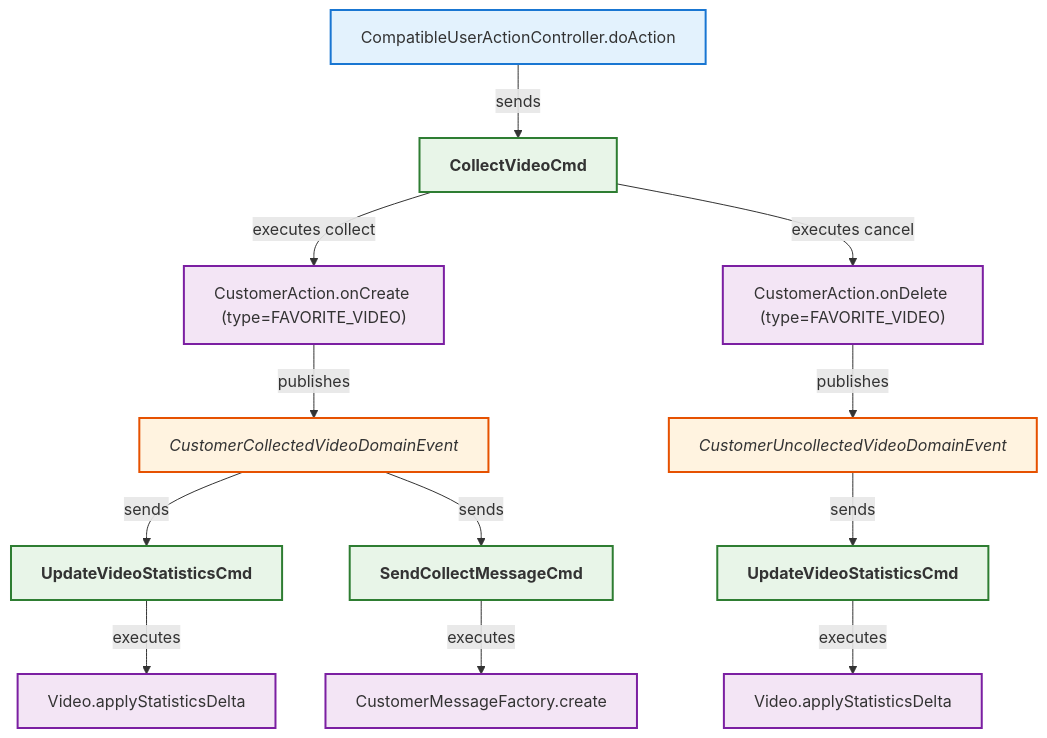
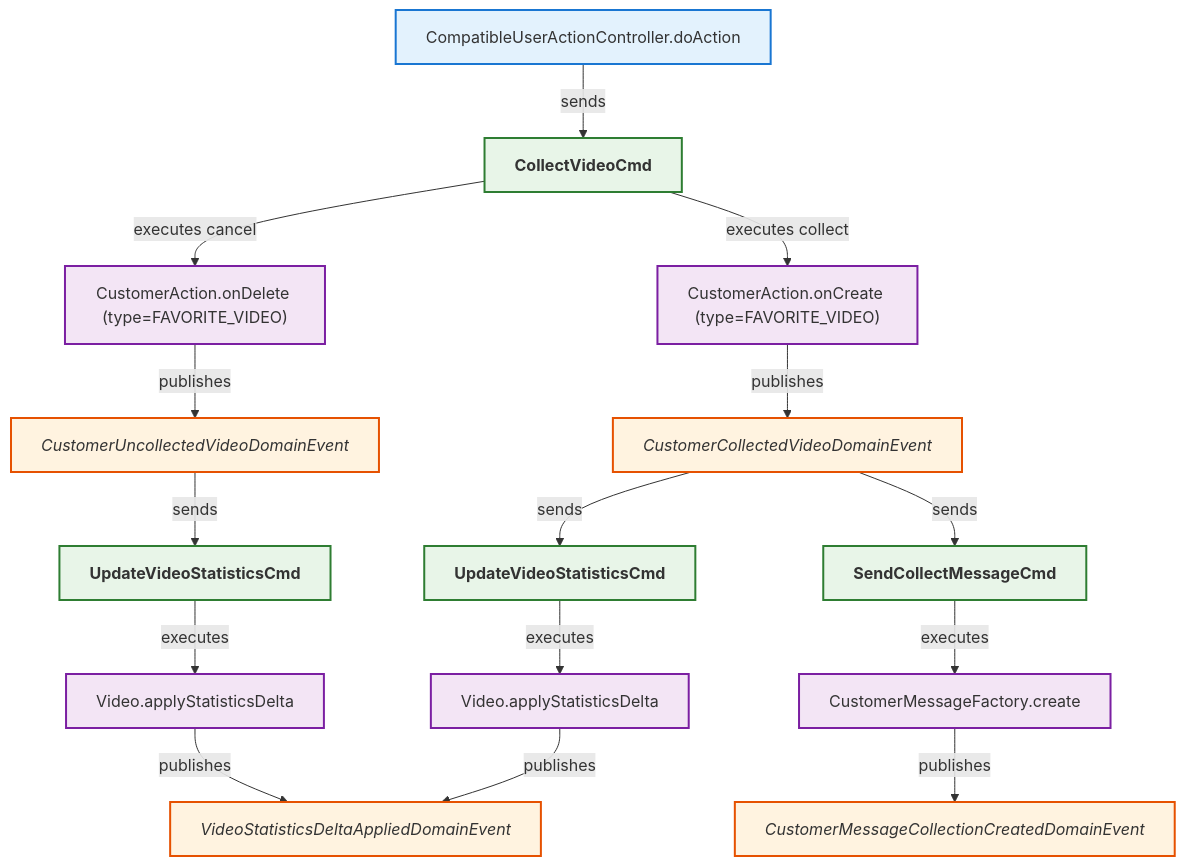
The diagram in analysis/CompatibleUserActionController_collectVideo.mmd (LDmoxeii/only-danmuku), drawn with Mermaid before and after one commit.

Commit message:
feat(analysis): 更新用户行为控制器收集视频流程图
- 添加视频统计增量应用领域事件节点
- 添加客户消息创建领域事件节点
- 连接统计增量应用与对应事件发布关系- 连接消息创建方法与对应事件发布关系
- 完善取消收藏分支的消息发送与执行逻辑- 统一图表样式定义增强可读性

```diff
--- a/analysis/CompatibleUserActionController_collectVideo.mmd
+++ b/analysis/CompatibleUserActionController_collectVideo.mmd
@@ -1,63 +1,71 @@
 flowchart TB
 
     N1["CompatibleUserActionController.doAction"]
     class N1 controllermethod;
 
     C1["CollectVideoCmd"]
     class C1 command;
 
     %% Create branch (collect)
     A1["CustomerAction.onCreate (type=FAVORITE_VIDEO)"]
     class A1 entitymethod;
     E1["CustomerCollectedVideoDomainEvent"]
     class E1 domainevent;
     CC1["UpdateVideoStatisticsCmd"]
     class CC1 command;
     AS1["Video.applyStatisticsDelta"]
     class AS1 entitymethod;
+    EV1["VideoStatisticsDeltaAppliedDomainEvent"]
+    class EV1 domainevent;
     CC2["SendCollectMessageCmd"]
     class CC2 command;
     AM1["CustomerMessageFactory.create"]
     class AM1 entitymethod;
+    EM1["CustomerMessageCollectionCreatedDomainEvent"]
+    class EM1 domainevent;
 
     %% Cancel branch (uncollect)
     A2["CustomerAction.onDelete (type=FAVORITE_VIDEO)"]
     class A2 entitymethod;
     E2["CustomerUncollectedVideoDomainEvent"]
     class E2 domainevent;
     CC3["UpdateVideoStatisticsCmd"]
     class CC3 command;
     AS2["Video.applyStatisticsDelta"]
     class AS2 entitymethod;
 
     %% Relationships
     N1 -->|sends| C1
     C1 -->|executes collect| A1
     A1 -->|publishes| E1
     E1 -->|sends| CC1
     CC1 -->|executes| AS1
     E1 -->|sends| CC2
     CC2 -->|executes| AM1
 
     C1 -->|executes cancel| A2
     A2 -->|publishes| E2
     E2 -->|sends| CC3
     CC3 -->|executes| AS2
 
+    AS1 -->|publishes| EV1
+    AS2 -->|publishes| EV1
+    AM1 -->|publishes| EM1
+
     %% Styles
     classDef controller fill:#e3f2fd,stroke:#1565c0,stroke-width:2px,font-weight:bold;
     classDef controllermethod fill:#e3f2fd,stroke:#1976d2,stroke-width:2px;
     classDef endpoint fill:#e3f2fd,stroke:#42a5f5,stroke-width:2px;
     classDef commandsender fill:#e3f2fd,stroke:#1565c0,stroke-width:2px,font-style:italic;
     classDef commandsendermethod fill:#e3f2fd,stroke:#1976d2,stroke-width:2px,font-style:italic;
     classDef command fill:#e8f5e8,stroke:#2e7d32,stroke-width:2px,font-weight:bold;
     classDef commandhandler fill:#e8f5e8,stroke:#388e3c,stroke-width:2px,font-weight:bold;
     classDef aggregate fill:#fff8e1,stroke:#ff8f00,stroke-width:3px,font-weight:bold;
     classDef entitymethod fill:#f3e5f5,stroke:#7b1fa2,stroke-width:2px;
     classDef domainevent fill:#fff3e0,stroke:#e65100,stroke-width:2px,font-style:italic;
     classDef domaineventhandler fill:#fff3e0,stroke:#ef6c00,stroke-width:2px,font-weight:bold;
     classDef integrationevent fill:#fce4ec,stroke:#880e4f,stroke-width:2px;
     classDef integrationeventhandler fill:#fce4ec,stroke:#ad1457,stroke-width:2px,font-weight:bold;
     classDef integrationeventconverter fill:#e3f2fd,stroke:#0277bd,stroke-width:2px;
     classDef repo fill:#d6dbdf,stroke:#85929e,stroke-width:2px;
     classDef uow fill:#f2f4f4,stroke:#7f8c8d,stroke-width:2px;
```
